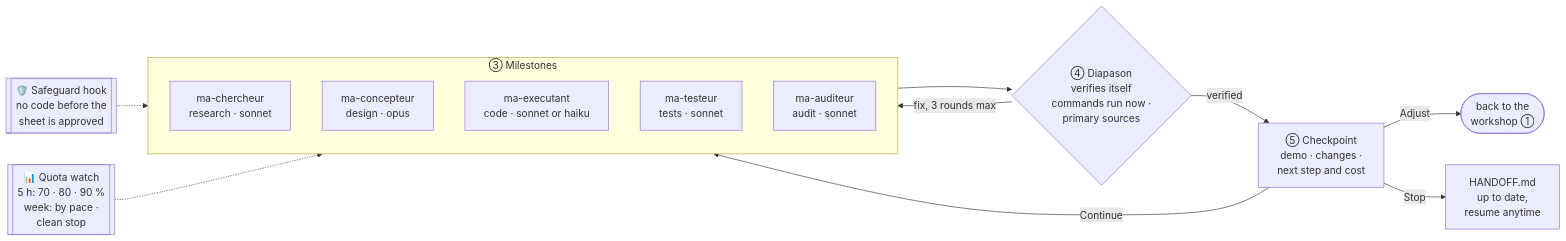
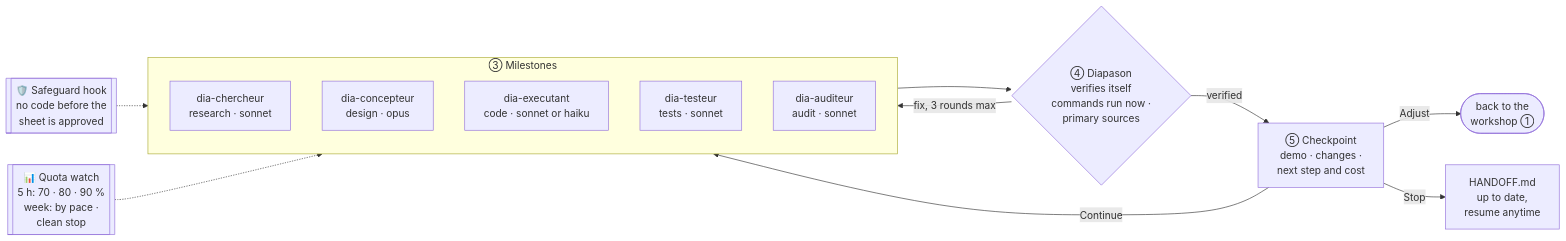
One commit to MalikChopa/diapason changed the second of 4 diagrams in README.md. Above: the diagram before and after it, drawn with Mermaid. The commit also changed other lines of this file and 47 other files, not shown here.

````diff
--- a/README.md
+++ b/README.md
@@ -61,18 +61,18 @@
 ```mermaid
 flowchart LR
     subgraph J["③ Milestones"]
-        A1["ma-chercheur<br/>research · sonnet"]
-        A2["ma-concepteur<br/>design · opus"]
-        A3["ma-executant<br/>code · sonnet or haiku"]
-        A4["ma-testeur<br/>tests · sonnet"]
-        A5["ma-auditeur<br/>audit · sonnet"]
+        A1["dia-chercheur<br/>research · sonnet"]
+        A2["dia-concepteur<br/>design · opus"]
+        A3["dia-executant<br/>code · sonnet or haiku"]
+        A4["dia-testeur<br/>tests · sonnet"]
+        A5["dia-auditeur<br/>audit · sonnet"]
     end
     J --> V{"④ Diapason<br/>verifies itself<br/>commands run now ·<br/>primary sources"}
     V -- "fix, 3 rounds max" --> J
     V -- "verified" --> CP["⑤ Checkpoint<br/>demo · changes ·<br/>next step and cost"]
     CP -- "Continue" --> J
     CP -- "Adjust" --> BK(["back to the<br/>workshop ①"])
     CP -- "Stop" --> H["HANDOFF.md<br/>up to date,<br/>resume anytime"]
     G[["🛡️ Safeguard hook<br/>no code before the<br/>sheet is approved"]] -.-> J
     QT[["📊 Quota watch<br/>5 h: 70 · 80 · 90 %<br/>week: by pace ·<br/>clean stop"]] -.-> J
 ```
````
